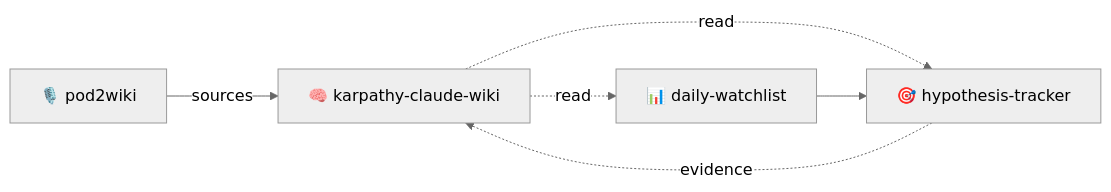
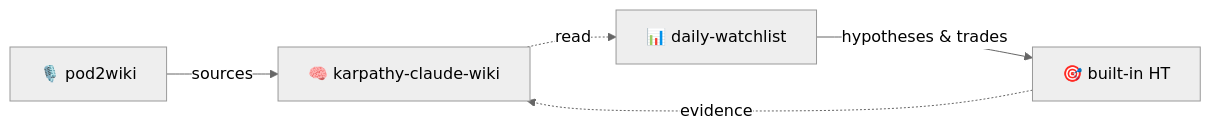
Before and after one commit to Benboerba620/Benboerba620: the diagram in README.md, drawn with Mermaid (neutral theme). The commit also changed other lines of this file, not shown here.

Commit message:
docs: fold hypothesis tracker into daily workflow

````diff
--- a/README.md
+++ b/README.md
@@ -17,8 +17,7 @@
 ```mermaid
 flowchart LR
     P[🎙️ pod2wiki] -->|sources| W[🧠 karpathy-claude-wiki]
     W -.->|read| D[📊 daily-watchlist]
-    W -.->|read| H[🎯 hypothesis-tracker]
-    D --> H
-    H -.->|evidence| W
+    D -->|hypotheses & trades| DHT[🎯 built-in HT]
+    DHT -.->|evidence| W
 ```
````
